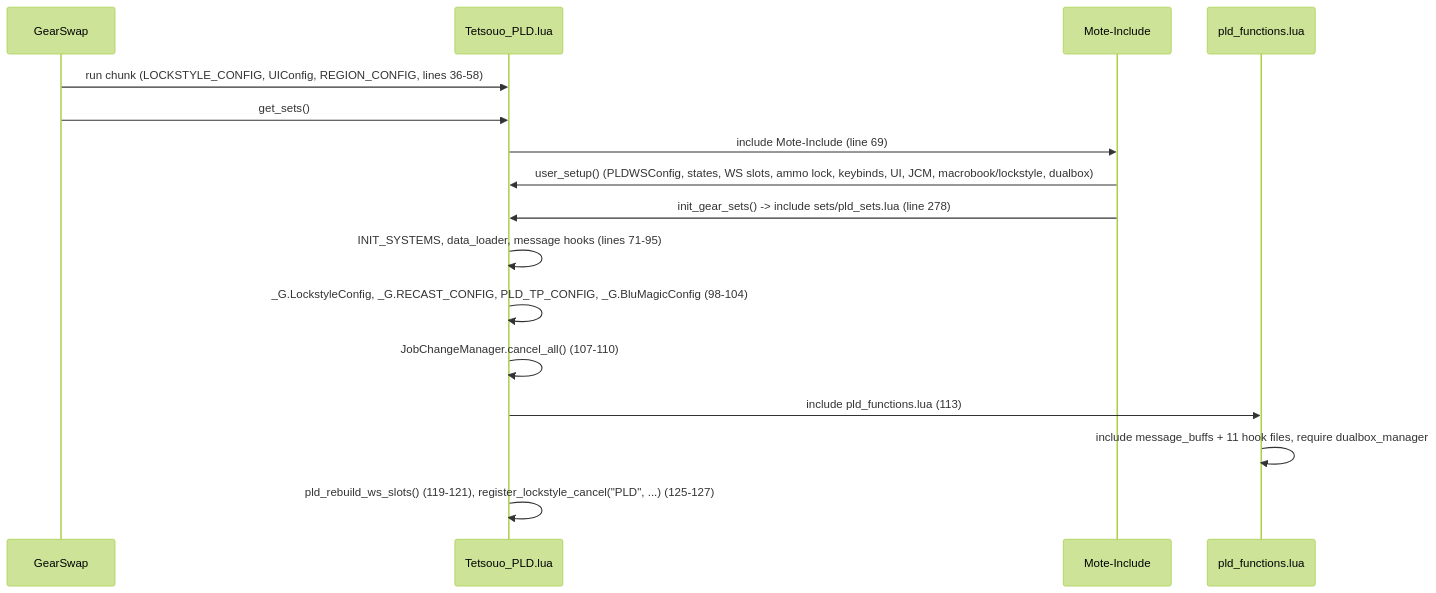
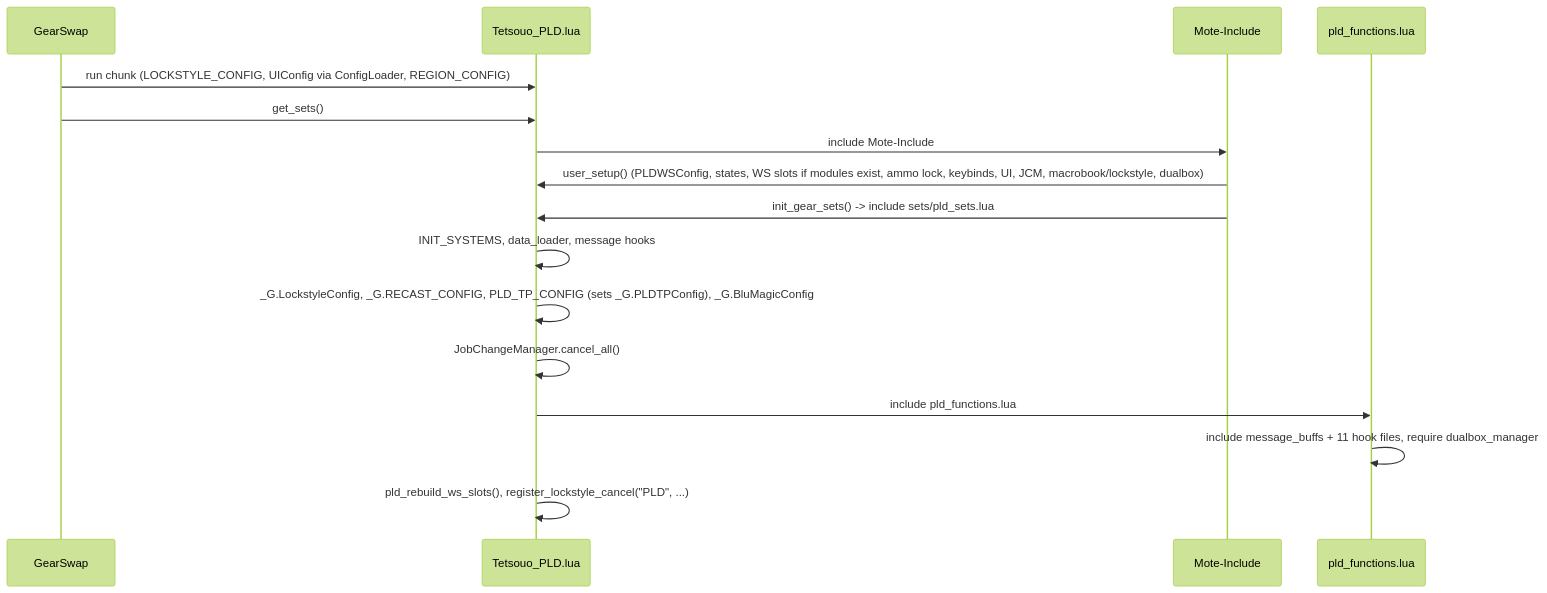
One commit to ejouanchicot/Gearswap changed the first of 5 diagrams in docs/dev/jobs/pld.md. Above: the diagram before and after it, drawn with Mermaid (forest theme). The commit also changed other lines of this file and 31 other files, not shown here.

First line of the commit message:
docs(jobs): player hubs for every job, states and dev pages refreshed

````diff
--- a/docs/dev/jobs/pld.md
+++ b/docs/dev/jobs/pld.md
@@ -95,18 +95,18 @@
 ```mermaid
 sequenceDiagram
     participant GS as GearSwap
     participant E as Tetsouo_PLD.lua
     participant M as Mote-Include
     participant F as pld_functions.lua
-    GS->>E: run chunk (LOCKSTYLE_CONFIG, UIConfig, REGION_CONFIG, lines 36-58)
+    GS->>E: run chunk (LOCKSTYLE_CONFIG, UIConfig via ConfigLoader, REGION_CONFIG)
     GS->>E: get_sets()
-    E->>M: include Mote-Include (line 69)
-    M->>E: user_setup() (PLDWSConfig, states, WS slots, ammo lock, keybinds, UI, JCM, macrobook/lockstyle, dualbox)
-    M->>E: init_gear_sets() -> include sets/pld_sets.lua (line 278)
-    E->>E: INIT_SYSTEMS, data_loader, message hooks (lines 71-95)
-    E->>E: _G.LockstyleConfig, _G.RECAST_CONFIG, PLD_TP_CONFIG, _G.BluMagicConfig (98-104)
-    E->>E: JobChangeManager.cancel_all() (107-110)
-    E->>F: include pld_functions.lua (113)
+    E->>M: include Mote-Include
+    M->>E: user_setup() (PLDWSConfig, states, WS slots if modules exist, ammo lock, keybinds, UI, JCM, macrobook/lockstyle, dualbox)
+    M->>E: init_gear_sets() -> include sets/pld_sets.lua
+    E->>E: INIT_SYSTEMS, data_loader, message hooks
+    E->>E: _G.LockstyleConfig, _G.RECAST_CONFIG, PLD_TP_CONFIG (sets _G.PLDTPConfig), _G.BluMagicConfig
+    E->>E: JobChangeManager.cancel_all()
+    E->>F: include pld_functions.lua
     F->>F: include message_buffs + 11 hook files, require dualbox_manager
-    E->>E: pld_rebuild_ws_slots() (119-121), register_lockstyle_cancel("PLD", ...) (125-127)
+    E->>E: pld_rebuild_ws_slots(), register_lockstyle_cancel("PLD", ...)
 ```
````
